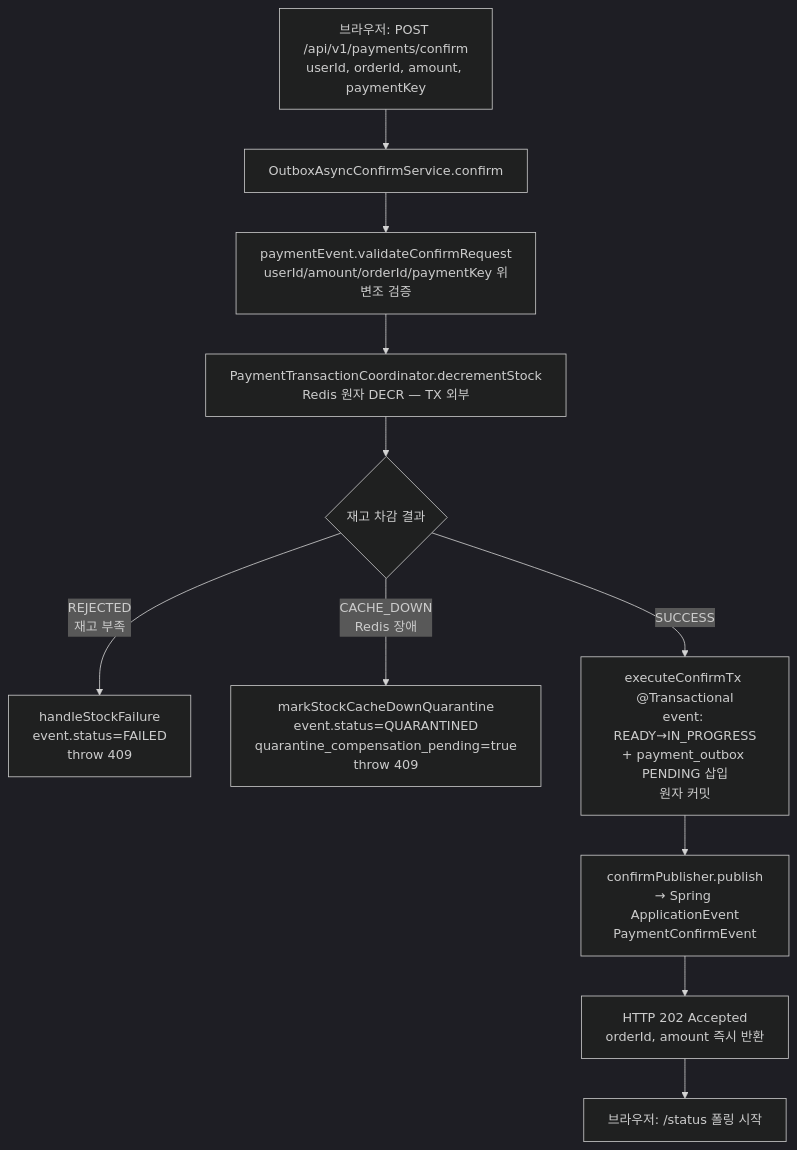
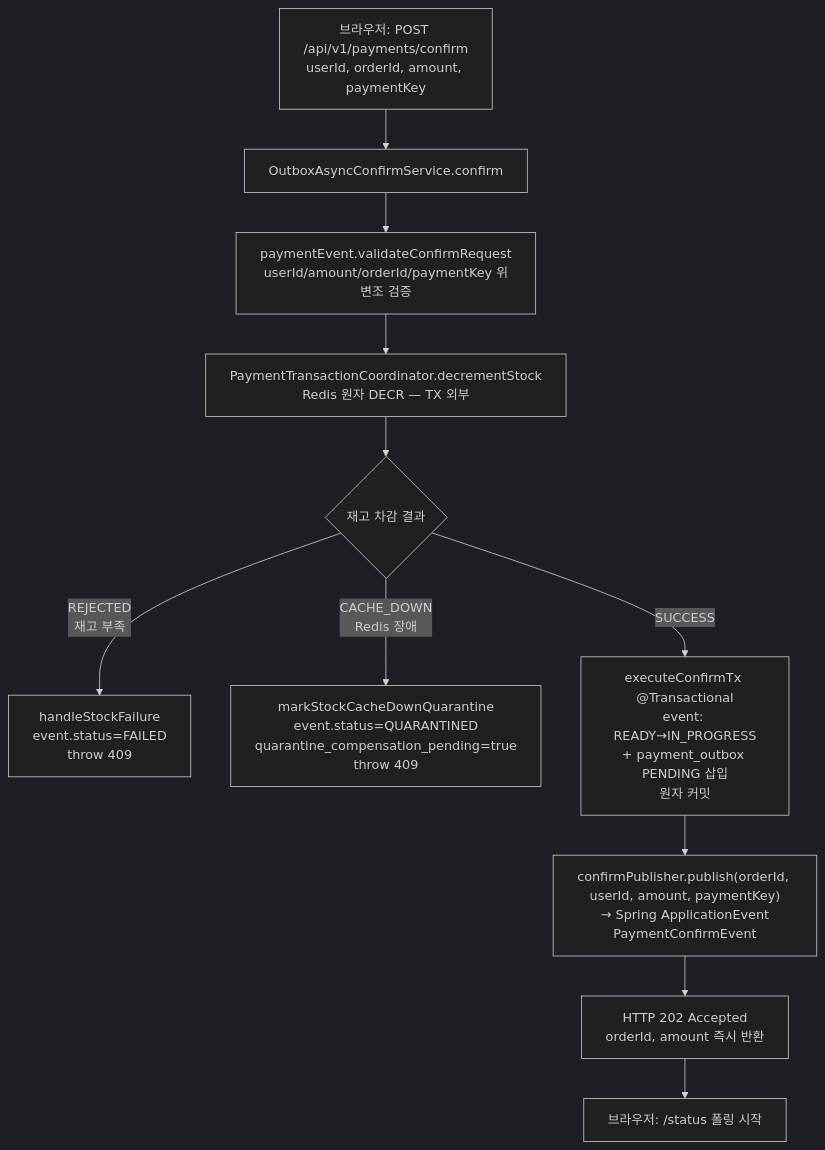
The second of 5 diagrams in docs/context/PAYMENT-FLOW.md (hyoguoo/payment-platform), drawn with Mermaid (dark theme) before and after one commit. The commit also changed other lines of this file and 185 other files, not shown here.

First line of the commit message:
docs: 워크플로우 식별자 / ADR 키워드 / 폐기 클래스 잔재 일괄 정리

````diff
--- a/docs/context/PAYMENT-FLOW.md
+++ b/docs/context/PAYMENT-FLOW.md
@@ -42,13 +42,13 @@
 ```mermaid
 flowchart TD
     J["브라우저: POST /api/v1/payments/confirm<br/>userId, orderId, amount, paymentKey"] --> K["OutboxAsyncConfirmService.confirm"]
     K --> K1["paymentEvent.validateConfirmRequest<br/>userId/amount/orderId/paymentKey 위변조 검증"]
     K1 --> K2["PaymentTransactionCoordinator.decrementStock<br/>Redis 원자 DECR — TX 외부"]
     K2 --> L{"재고 차감 결과"}
     L -->|"REJECTED<br/>재고 부족"| L1["handleStockFailure<br/>event.status=FAILED<br/>throw 409"]
     L -->|"CACHE_DOWN<br/>Redis 장애"| L2["markStockCacheDownQuarantine<br/>event.status=QUARANTINED<br/>quarantine_compensation_pending=true<br/>throw 409"]
     L -->|SUCCESS| M["executeConfirmTx @Transactional<br/>event: READY→IN_PROGRESS<br/>+ payment_outbox PENDING 삽입<br/>원자 커밋"]
-    M --> N["confirmPublisher.publish<br/>→ Spring ApplicationEvent<br/>PaymentConfirmEvent"]
+    M --> N["confirmPublisher.publish(orderId, userId, amount, paymentKey)<br/>→ Spring ApplicationEvent<br/>PaymentConfirmEvent"]
     N --> O["HTTP 202 Accepted<br/>orderId, amount 즉시 반환"]
     O --> P["브라우저: /status 폴링 시작"]
 ```
````
